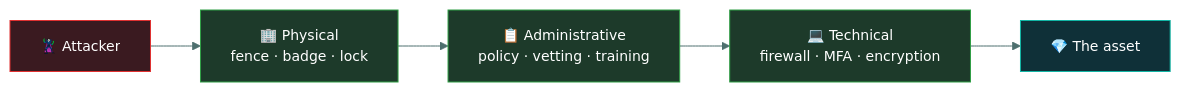
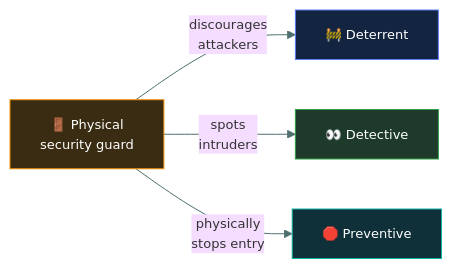
Before and after one commit to tarunTejaDesireddy/cc-exam-prep: the third of 3 diagrams in 01-security-principles/security-controls/README.md, drawn with Mermaid. The commit also changed other lines of this file and 1 other file, not shown here.

First line of the commit message:
Rewrite security-controls with the two-axis caveman walkthrough

````diff
--- a/01-security-principles/security-controls/README.md
+++ b/01-security-principles/security-controls/README.md
@@ -194,14 +307,13 @@
 ```mermaid
-%%{init: {'theme':'base','themeVariables':{'fontSize':'14px','lineColor':'#4d6f6e','textColor':'#dbe7e6'}}}%%
+%%{init: {'theme':'base','themeVariables':{'fontFamily':'Segoe UI, Helvetica Neue, Arial, sans-serif','fontSize':'13px','lineColor':'#4d6f6e','textColor':'#dbe7e6'}}}%%
 flowchart LR
-    A["🦹 Attacker"] --> L1["🏢 Physical<br/>fence · badge · lock"]
-    L1 --> L2["📋 Administrative<br/>policy · vetting · training"]
-    L2 --> L3["💻 Technical<br/>firewall · MFA · encryption"]
-    L3 --> D["💎 The asset"]
+    G["🚪 Physical<br/>security guard"]
+    G -->|"discourages<br/>attackers"| D["🚧 Deterrent"]
+    G -->|"spots<br/>intruders"| DT["👀 Detective"]
+    G -->|"physically<br/>stops entry"| P["🛑 Preventive"]
 
-    style A fill:#3a1a20,stroke:#E03131,color:#fff
-    style L1 fill:#1d3a2a,stroke:#2F9E44,color:#fff
-    style L2 fill:#1d3a2a,stroke:#2F9E44,color:#fff
-    style L3 fill:#1d3a2a,stroke:#2F9E44,color:#fff
-    style D fill:#0f3038,stroke:#12B5A5,color:#fff
+    style G fill:#3a2c12,stroke:#F08C00,color:#fff
+    style D fill:#12243f,stroke:#5C7CFA,color:#fff
+    style DT fill:#1d3a2a,stroke:#2F9E44,color:#fff
+    style P fill:#0f3038,stroke:#12B5A5,color:#fff
 ```
````
